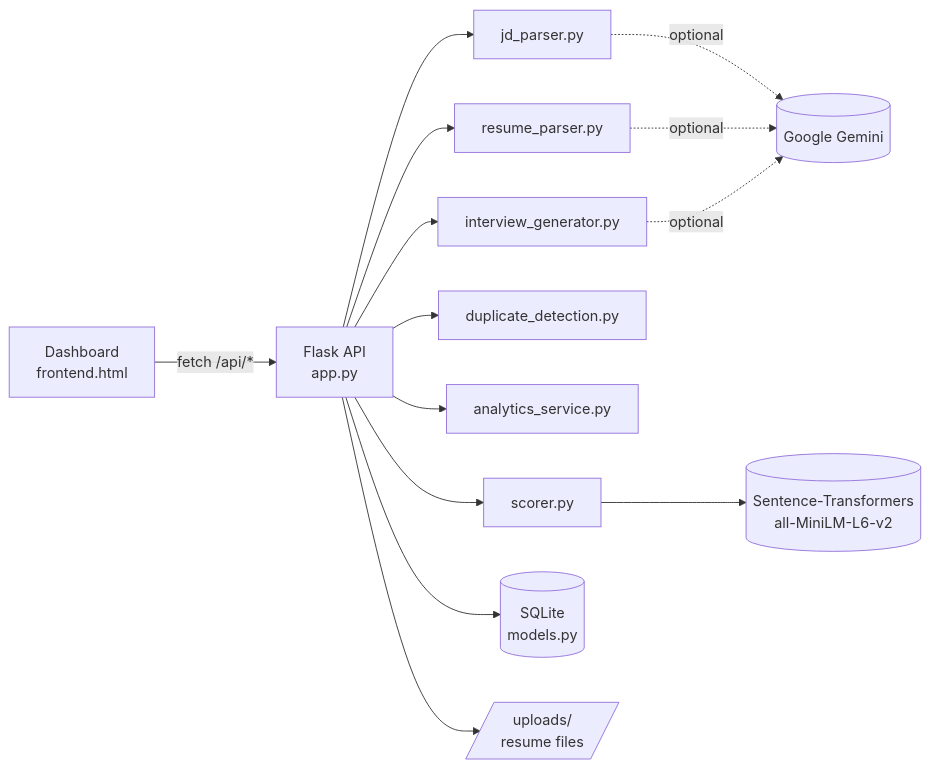
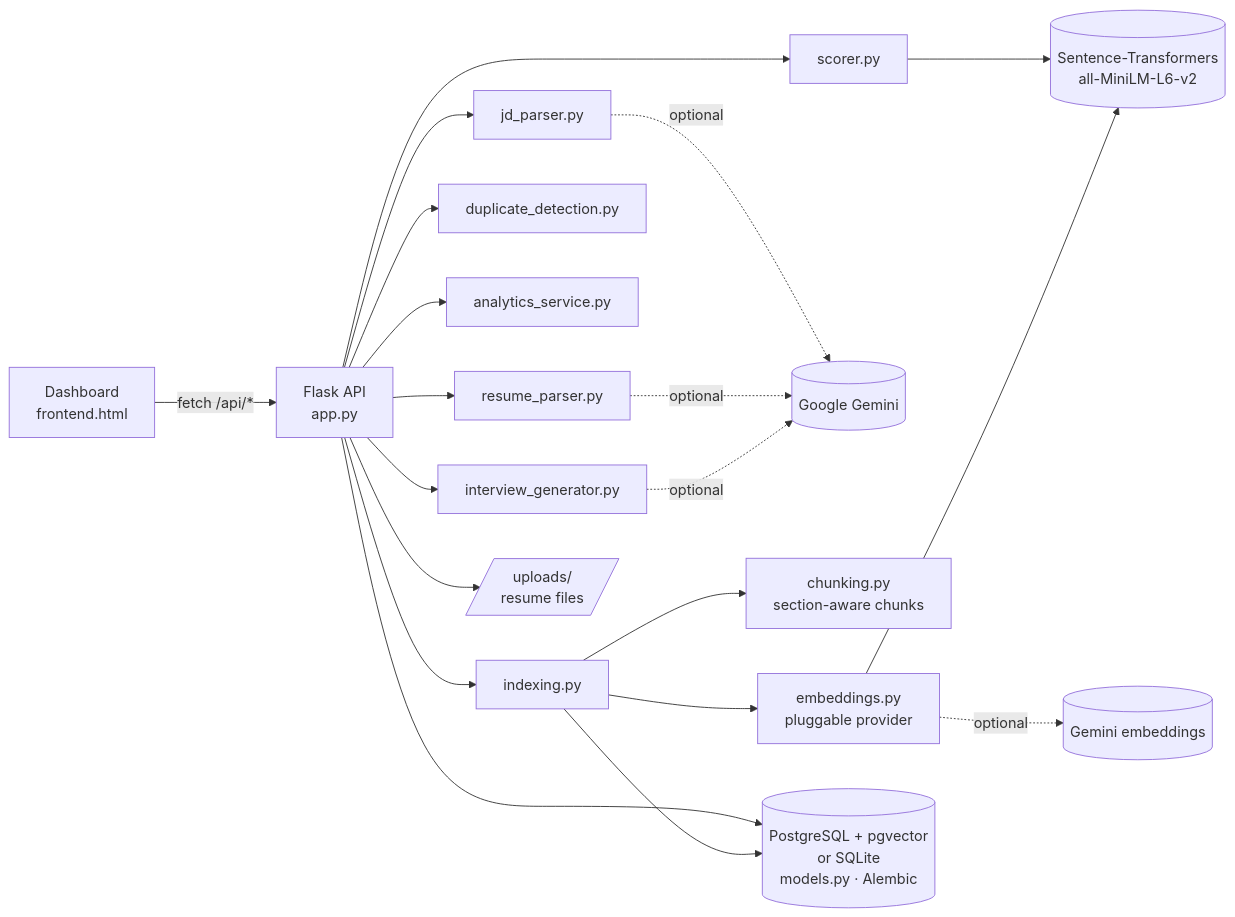
Before and after one commit to MuthuVarshith/Hire-AI: the diagram in README.md, drawn with Mermaid. The commit also changed other lines of this file and 3 other files, not shown here.

First line of the commit message:
Document Phase 1: PostgreSQL setup, migrations, chunking, test layout, design notes

````diff
--- a/README.md
+++ b/README.md
@@ -112,19 +112,26 @@
 ```mermaid
 flowchart LR
     UI["Dashboard<br/>frontend.html"] -- "fetch /api/*" --> API["Flask API<br/>app.py"]
 
     API --> JD["jd_parser.py"]
     API --> RP["resume_parser.py"]
     API --> SC["scorer.py"]
     API --> DD["duplicate_detection.py"]
     API --> AN["analytics_service.py"]
     API --> IQ["interview_generator.py"]
 
     SC --> EMB[("Sentence-Transformers<br/>all-MiniLM-L6-v2")]
     JD -. optional .-> LLM[("Google Gemini")]
     RP -. optional .-> LLM
     IQ -. optional .-> LLM
 
-    API --> DB[("SQLite<br/>models.py")]
+    API --> IX["indexing.py"]
+    IX --> CH["chunking.py<br/>section-aware chunks"]
+    IX --> EP["embeddings.py<br/>pluggable provider"]
+    EP --> EMB
+    EP -. optional .-> GEMB[("Gemini embeddings")]
+
+    API --> DB[("PostgreSQL + pgvector<br/>or SQLite<br/>models.py · Alembic")]
+    IX --> DB
     API --> UP[/"uploads/<br/>resume files"/]
 ```
````
